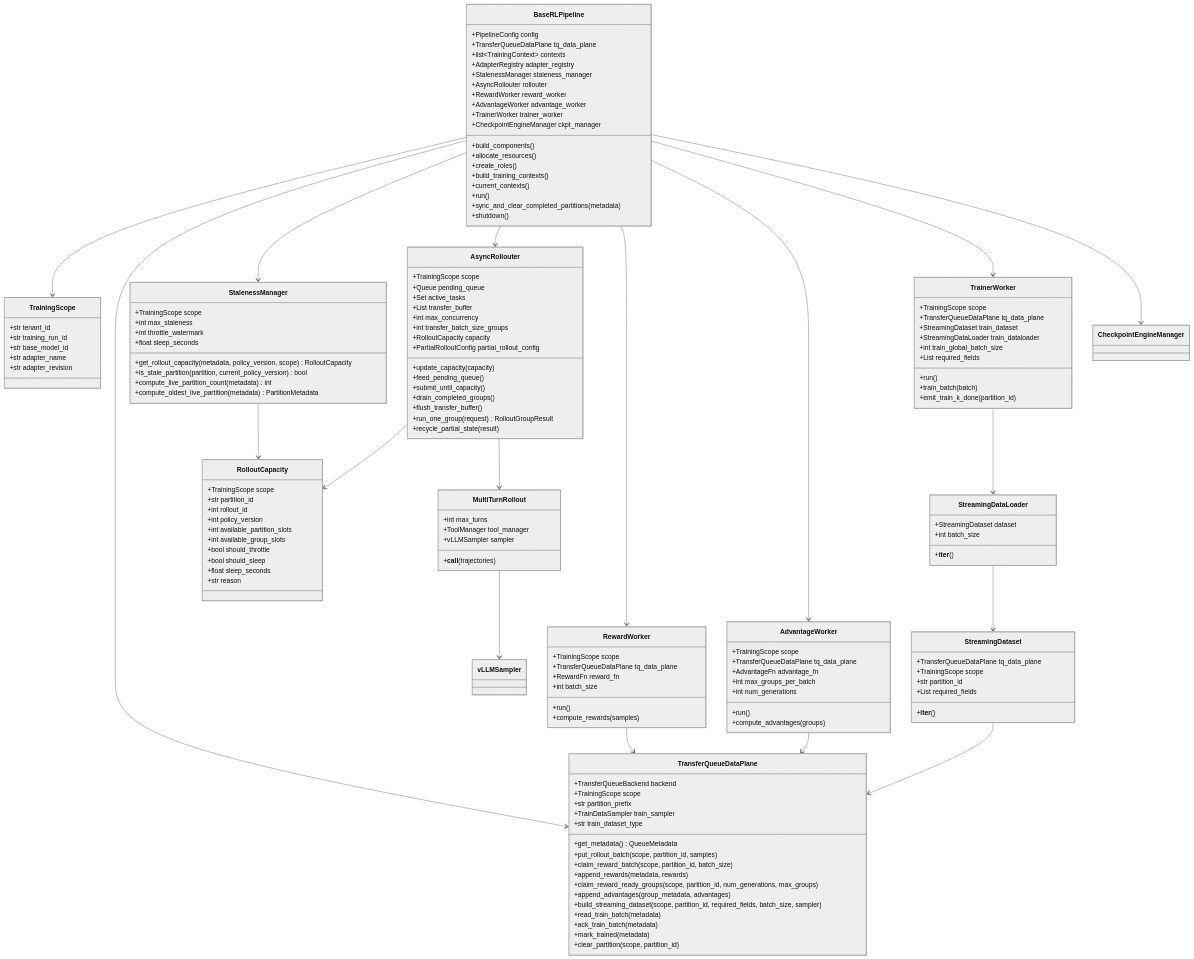
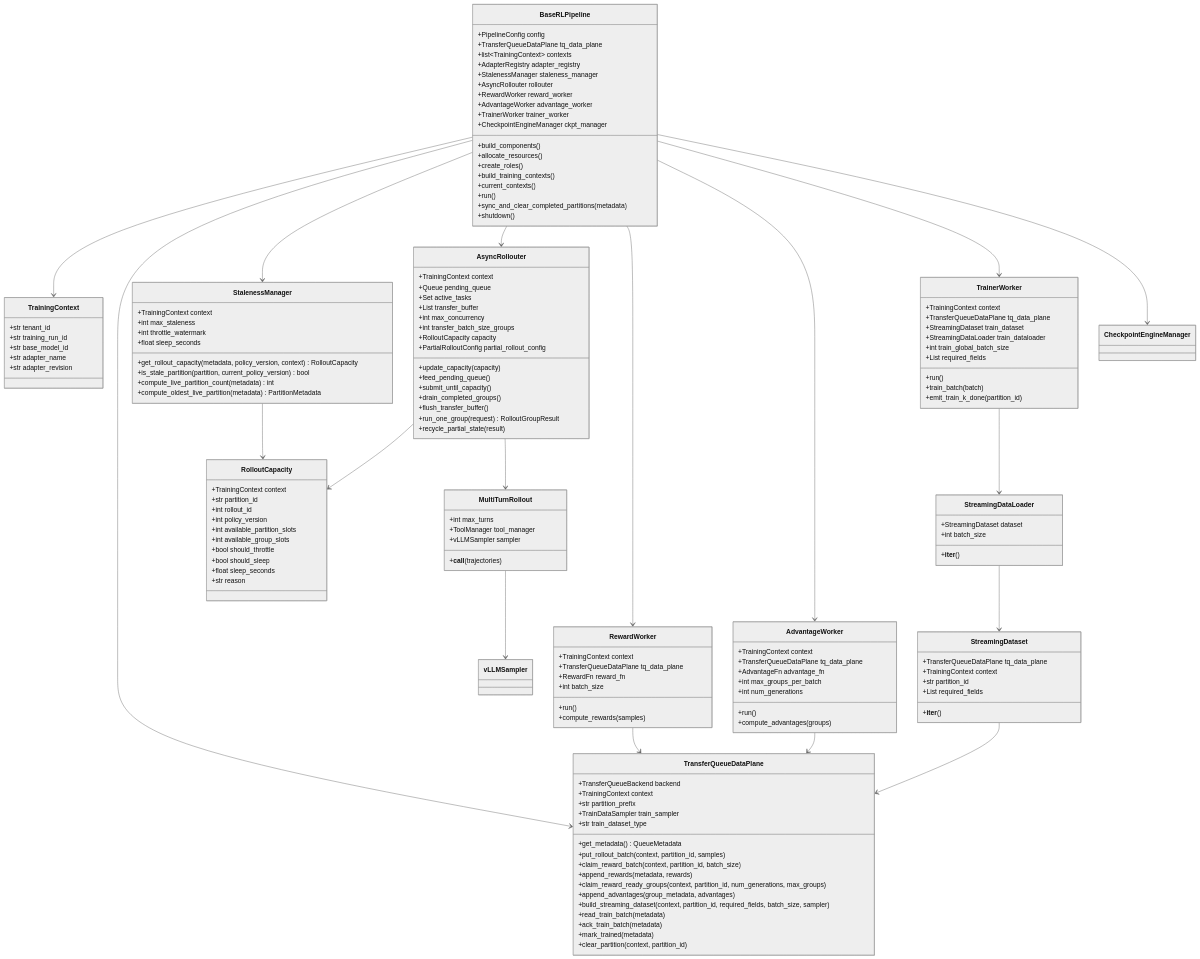
The first of 2 diagrams in multilora-async-rl/详细设计.md (0hujun/twinkle), drawn with Mermaid (neutral theme) before and after one commit. The commit also changed other lines of this file and 18 other files, not shown here.

```diff
--- a/multilora-async-rl/详细设计.md
+++ b/multilora-async-rl/详细设计.md
@@ -138,36 +138,36 @@
 
     class TransferQueueDataPlane {
         +TransferQueueBackend backend
-        +TrainingScope scope
+        +TrainingContext context
         +str partition_prefix
         +TrainDataSampler train_sampler
         +str train_dataset_type
         +get_metadata() QueueMetadata
-        +put_rollout_batch(scope, partition_id, samples)
-        +claim_reward_batch(scope, partition_id, batch_size)
+        +put_rollout_batch(context, partition_id, samples)
+        +claim_reward_batch(context, partition_id, batch_size)
         +append_rewards(metadata, rewards)
-        +claim_reward_ready_groups(scope, partition_id, num_generations, max_groups)
+        +claim_reward_ready_groups(context, partition_id, num_generations, max_groups)
         +append_advantages(group_metadata, advantages)
-        +build_streaming_dataset(scope, partition_id, required_fields, batch_size, sampler)
+        +build_streaming_dataset(context, partition_id, required_fields, batch_size, sampler)
         +read_train_batch(metadata)
         +ack_train_batch(metadata)
         +mark_trained(metadata)
-        +clear_partition(scope, partition_id)
+        +clear_partition(context, partition_id)
     }
 
     class StalenessManager {
-        +TrainingScope scope
+        +TrainingContext context
         +int max_staleness
         +int throttle_watermark
         +float sleep_seconds
-        +get_rollout_capacity(metadata, policy_version, scope) RolloutCapacity
+        +get_rollout_capacity(metadata, policy_version, context) RolloutCapacity
         +is_stale_partition(partition, current_policy_version) bool
         +compute_live_partition_count(metadata) int
         +compute_oldest_live_partition(metadata) PartitionMetadata
     }
 
     class RolloutCapacity {
-        +TrainingScope scope
+        +TrainingContext context
         +str partition_id
         +int rollout_id
         +int policy_version
@@ -180,7 +180,7 @@
     }
 
     class AsyncRollouter {
-        +TrainingScope scope
+        +TrainingContext context
         +Queue pending_queue
         +Set active_tasks
         +List transfer_buffer
@@ -205,7 +205,7 @@
     }
 
     class RewardWorker {
-        +TrainingScope scope
+        +TrainingContext context
         +TransferQueueDataPlane tq_data_plane
         +RewardFn reward_fn
         +int batch_size
@@ -214,7 +214,7 @@
     }
 
     class AdvantageWorker {
-        +TrainingScope scope
+        +TrainingContext context
         +TransferQueueDataPlane tq_data_plane
         +AdvantageFn advantage_fn
         +int max_groups_per_batch
@@ -224,7 +224,7 @@
     }
 
     class TrainerWorker {
-        +TrainingScope scope
+        +TrainingContext context
         +TransferQueueDataPlane tq_data_plane
         +StreamingDataset train_dataset
         +StreamingDataLoader train_dataloader
@@ -237,7 +237,7 @@
 
     class StreamingDataset {
         +TransferQueueDataPlane tq_data_plane
-        +TrainingScope scope
+        +TrainingContext context
         +str partition_id
         +List required_fields
         +__iter__()
@@ -249,7 +249,7 @@
         +__iter__()
     }
 
-    class TrainingScope {
+    class TrainingContext {
         +str tenant_id
         +str training_run_id
         +str base_model_id
@@ -257,7 +257,7 @@
         +str adapter_revision
     }
 
-    BaseRLPipeline --> TrainingScope
+    BaseRLPipeline --> TrainingContext
     BaseRLPipeline --> TransferQueueDataPlane
     BaseRLPipeline --> StalenessManager
     BaseRLPipeline --> AsyncRollouter
```
